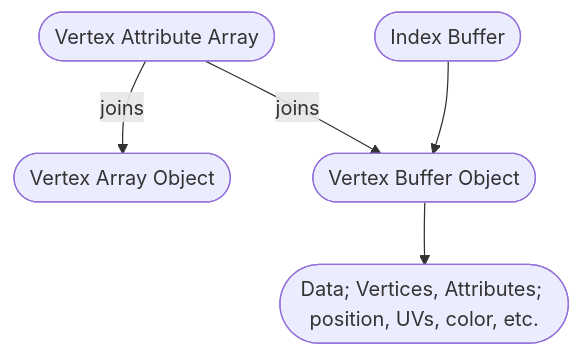
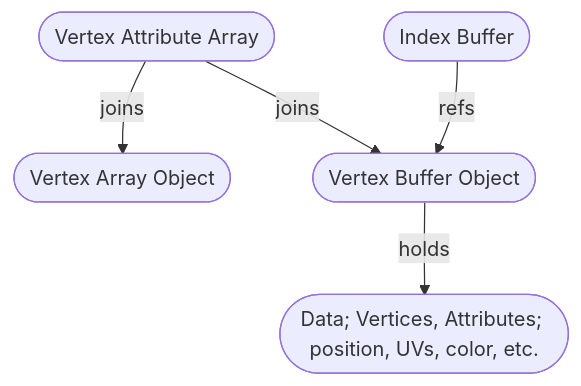
Before and after one commit to mikesmullin/cpp17-win32-glfw-opengl: the diagram in notes.md, drawn with Mermaid. The commit also changed other lines of this file and 1 other file, not shown here.

Commit message:
better note clarity

````diff
--- a/notes.md
+++ b/notes.md
@@ -17,20 +16,11 @@
 ```mermaid
 graph TD
   vao([Vertex Array Object])
   vbo([Vertex Buffer Object])
   ib([Index Buffer])
   vaa([Vertex Attribute Array])
-  %%vab(["[Vertex Array] Buffer"])
   v(["Data; Vertices, Attributes; position, UVs, color, etc."])
-  %%a([Attribute])
-  %%l([Vertex Attrib Array / vertex layout / Buffer Layout Object / specification])
-
-  %%vao --> vbo
-  %%vaa --> vbo
-  %%vao --> vaa
 
   vaa -->|joins| vao & vbo
-
-  ib --> vbo --> v
-  %%v --> a
+  ib -->|refs| vbo -->|holds| v
 ```
````
